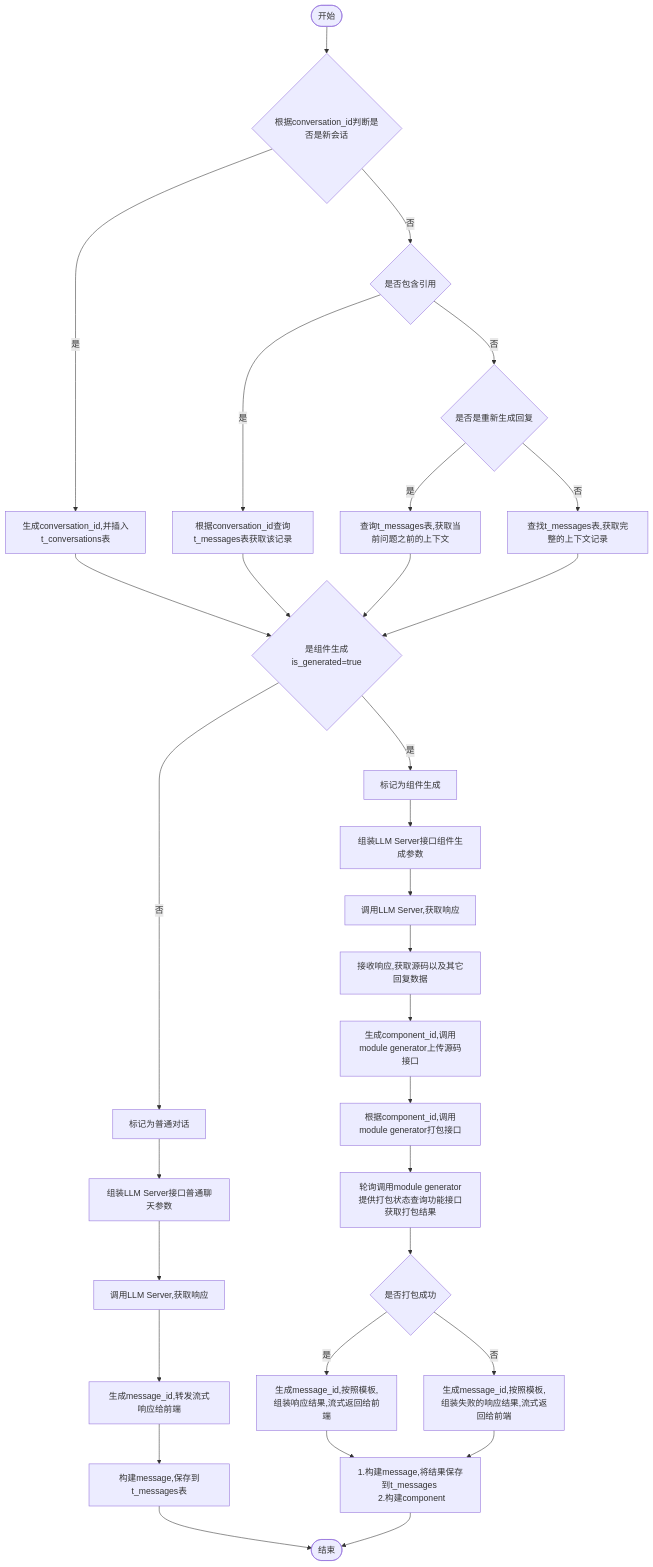
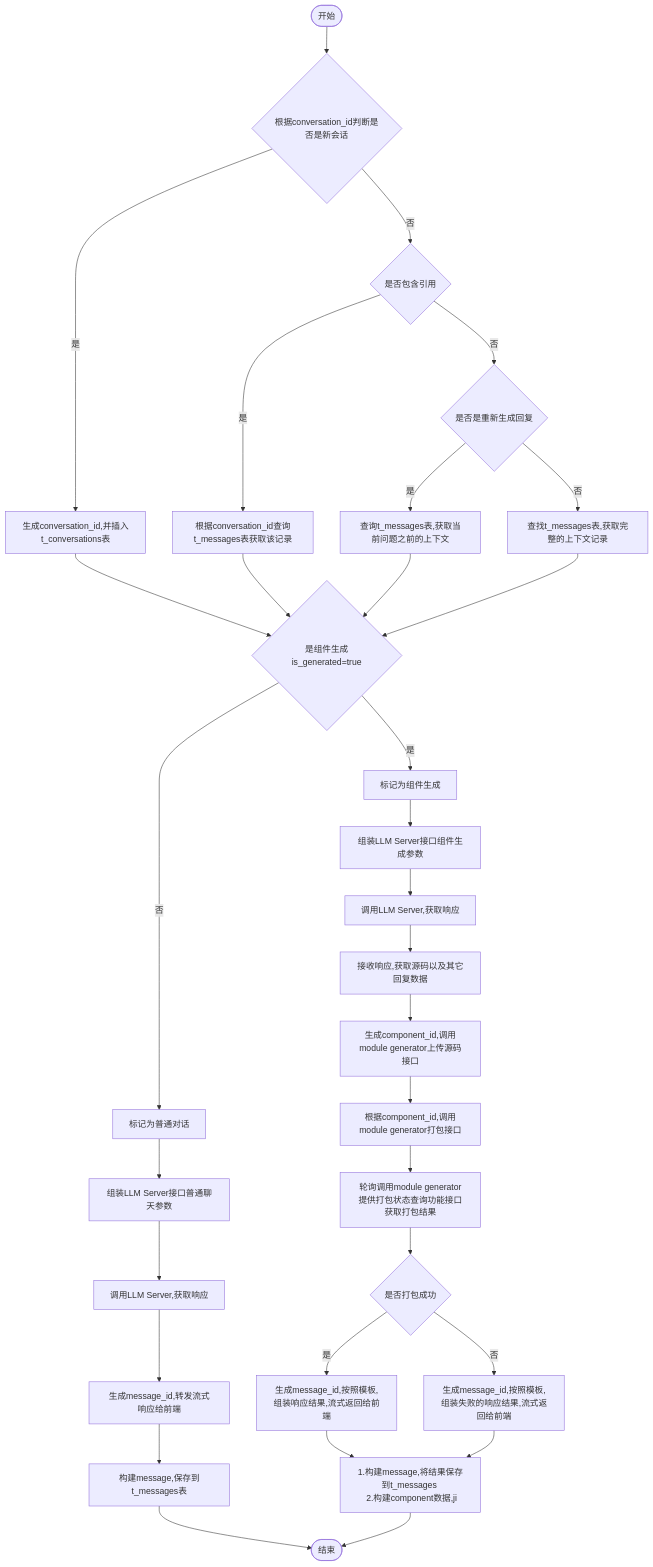
The diagram in all/v0.1.0会话.md (yingjianzh/iodraw-files), drawn with Mermaid before and after one commit.

Commit message:
2024-10-12 17:22:13 update

````diff
--- a/all/v0.1.0会话.md
+++ b/all/v0.1.0会话.md
@@ -1,34 +1,34 @@
 ```mermaid
 flowchart TD
     A([开始]) --> B{根据conversation_id判断是否是新会话}
     B -- 是 --> C[生成conversation_id,并插入t_conversations表]
     B -- 否 --> D{是否包含引用}
     D -- 是 --> E[根据conversation_id查询t_messages表获取该记录]
     D -- 否 --> F{是否是重新生成回复}
     F -- 是 --> G[查询t_messages表,获取当前问题之前的上下文]
     F -- 否 --> H[查找t_messages表,获取完整的上下文记录]
      
     C & E & G & H --> I{是组件生成is_generated=true}
     I -- 是 --> J[标记为组件生成]
     I -- 否 --> K[标记为普通对话]
 
     J --> L[组装LLM Server接口组件生成参数]    
     K --> M[组装LLM Server接口普通聊天参数]    
     M --> N[调用LLM Server,获取响应]    
     N --> O[生成message_id,转发流式响应给前端]
     O --> P[构建message,保存到t_messages表]
     P --> R([结束])
 
 
     L --> S[调用LLM Server,获取响应]
     S --> T[接收响应,获取源码以及其它回复数据]
     T --> U[生成component_id,调用module generator上传源码接口]
     U --> V[根据component_id,调用module generator打包接口]
     V --> W[轮询调用module generator提供打包状态查询功能接口获取打包结果]
     W --> X{是否打包成功}
     X -- 是 --> Y[生成message_id,按照模板,组装响应结果,流式返回给前端]
     X -- 否 --> Z[生成message_id,按照模板,组装失败的响应结果,流式返回给前端]
 
-    Y & Z --> Result[1.构建message,将结果保存到t_messages \n 2.构建component]
+    Y & Z --> Result[1.构建message,将结果保存到t_messages \n 2.构建component数据,ji]
     Result --> R
 ```
````
